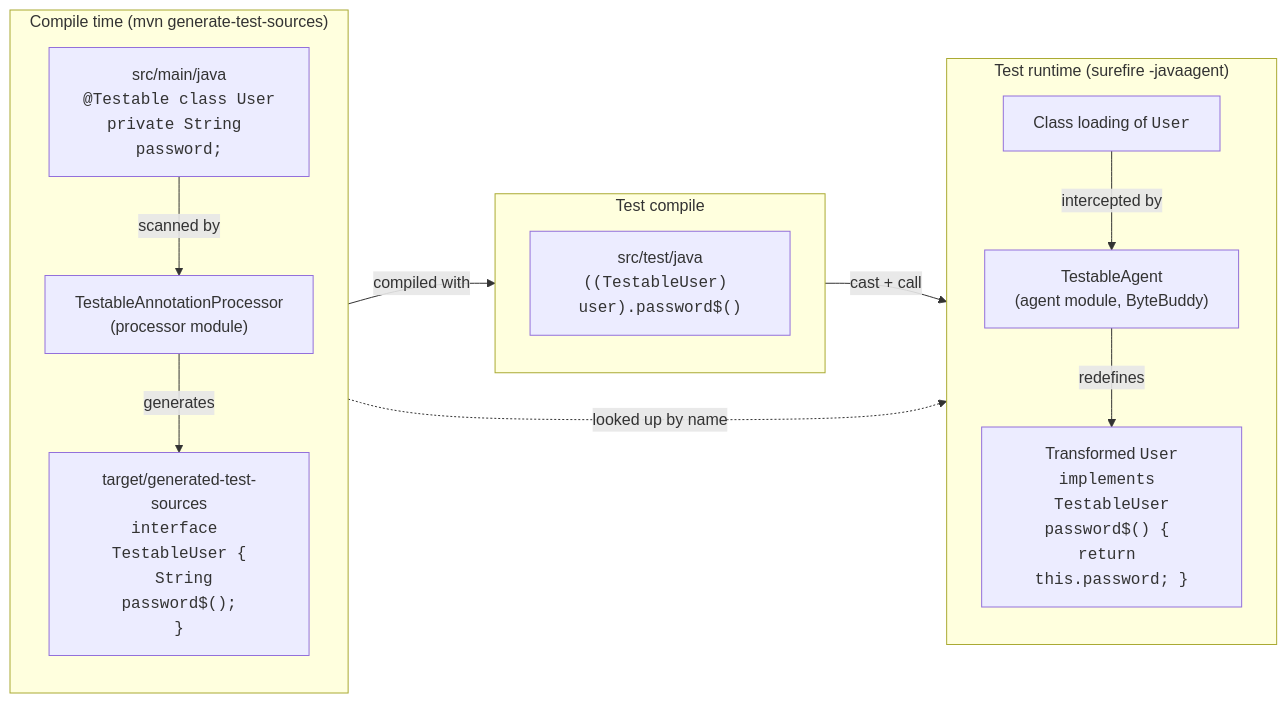
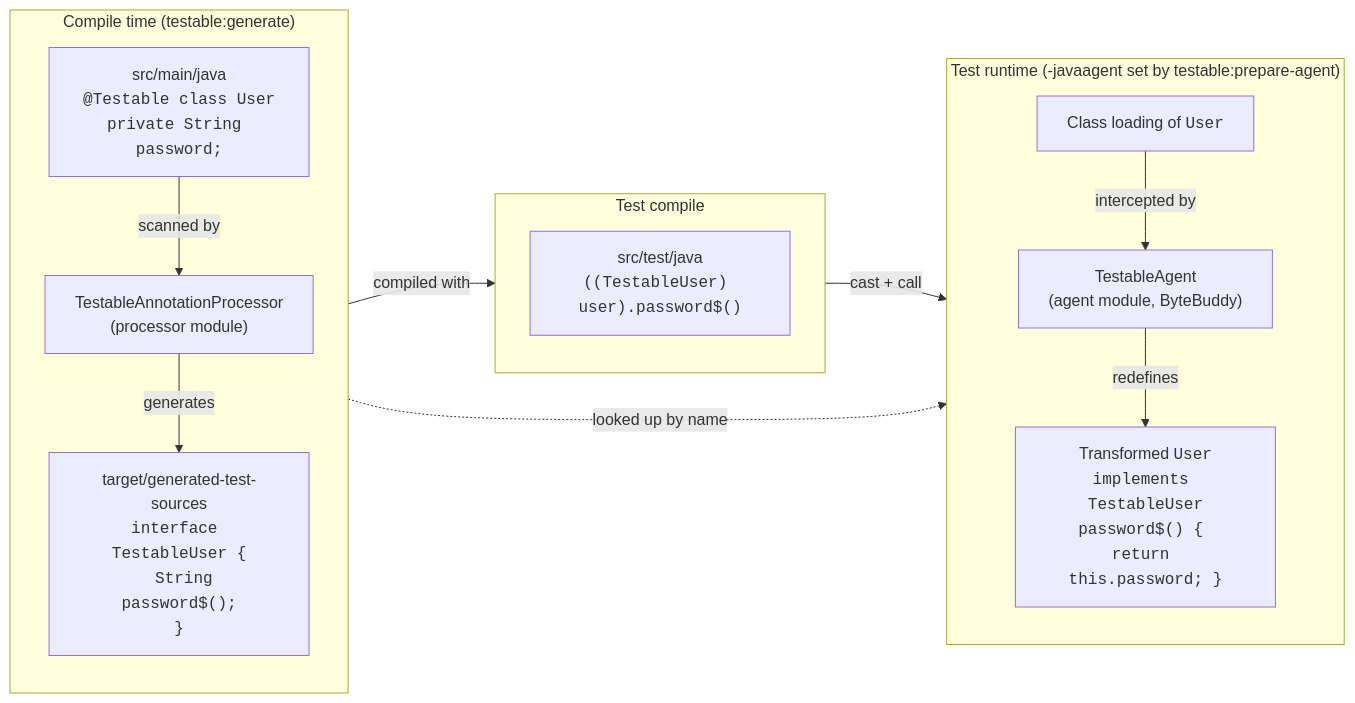
One commit to OlivierCroisier/Testable changed the diagram in README.md. Above: the diagram before and after it, drawn with Mermaid. The commit also changed other lines of this file and 7 other files, not shown here.

````diff
--- a/README.md
+++ b/README.md
@@ -28,29 +28,29 @@
 ```mermaid
 flowchart LR
-    subgraph COMPILE["Compile time (mvn generate-test-sources)"]
+    subgraph COMPILE["Compile time (testable:generate)"]
         direction TB
         SRC["src/main/java<br/><code>@Testable class User</code><br/><code>private String password;</code>"]
         AP["TestableAnnotationProcessor<br/>(processor module)"]
         GEN["target/generated-test-sources<br/><code>interface TestableUser {</code><br/><code>  String password$();</code><br/><code>}</code>"]
         SRC -- "scanned by" --> AP
         AP -- "generates" --> GEN
     end
 
     subgraph TESTCOMPILE["Test compile"]
         direction TB
         TEST["src/test/java<br/><code>((TestableUser) user).password$()</code>"]
     end
 
-    subgraph RUNTIME["Test runtime (surefire -javaagent)"]
+    subgraph RUNTIME["Test runtime (-javaagent set by testable:prepare-agent)"]
         direction TB
         CL["Class loading of <code>User</code>"]
         AG["TestableAgent<br/>(agent module, ByteBuddy)"]
         TX["Transformed <code>User</code><br/><code>implements TestableUser</code><br/><code>password$() { return this.password; }</code>"]
         CL -- "intercepted by" --> AG
         AG -- "redefines" --> TX
     end
 
     GEN -- "compiled with" --> TEST
     GEN -. "looked up by name" .-> AG
     TEST -- "cast + call" --> TX
 ```
````
